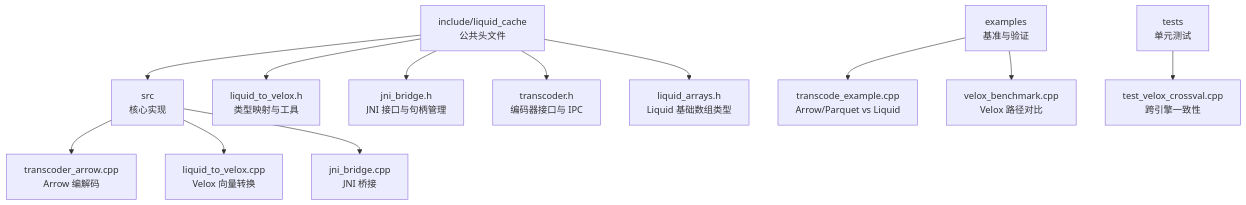
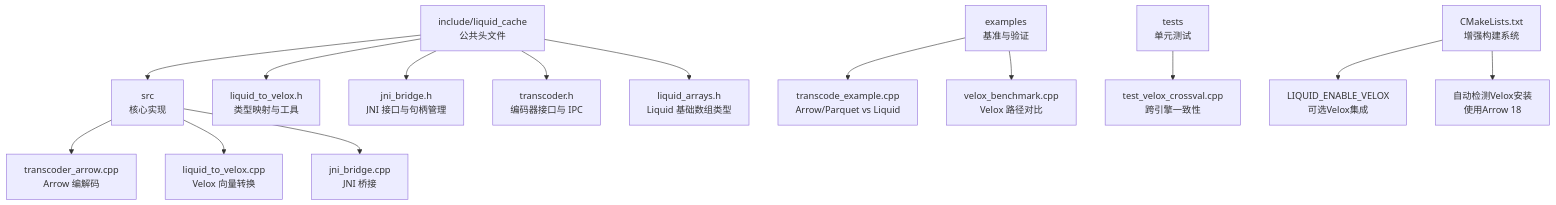
The first of 6 diagrams in .qoder/repowiki/zh/content/引擎集成/引擎集成.md (tenglei/liquidCacheVelox), drawn with Mermaid before and after one commit. The commit also changed other lines of this file and 8 other files, not shown here.

````diff
--- a/.qoder/repowiki/zh/content/引擎集成/引擎集成.md
+++ b/.qoder/repowiki/zh/content/引擎集成/引擎集成.md
@@ -47,14 +56,16 @@
 ```mermaid
 graph TB
 A["include/liquid_cache<br/>公共头文件"] --> B["src<br/>核心实现"]
 B --> C["transcoder_arrow.cpp<br/>Arrow 编解码"]
 B --> D["liquid_to_velox.cpp<br/>Velox 向量转换"]
 B --> E["jni_bridge.cpp<br/>JNI 桥接"]
 A --> F["liquid_to_velox.h<br/>类型映射与工具"]
 A --> G["jni_bridge.h<br/>JNI 接口与句柄管理"]
 A --> H["transcoder.h<br/>编码器接口与 IPC"]
 A --> I["liquid_arrays.h<br/>Liquid 基础数组类型"]
 J["examples<br/>基准与验证"] --> K["transcode_example.cpp<br/>Arrow/Parquet vs Liquid"]
 J --> L["velox_benchmark.cpp<br/>Velox 路径对比"]
 M["tests<br/>单元测试"] --> N["test_velox_crossval.cpp<br/>跨引擎一致性"]
+O["CMakeLists.txt<br/>增强构建系统"] --> P["LIQUID_ENABLE_VELOX<br/>可选Velox集成"]
+O --> Q["自动检测Velox安装<br/>使用Arrow 18"]
 ```
````
